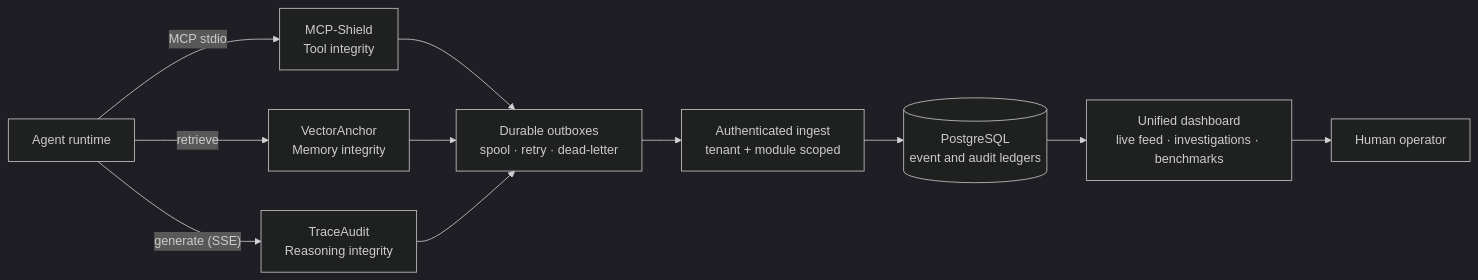
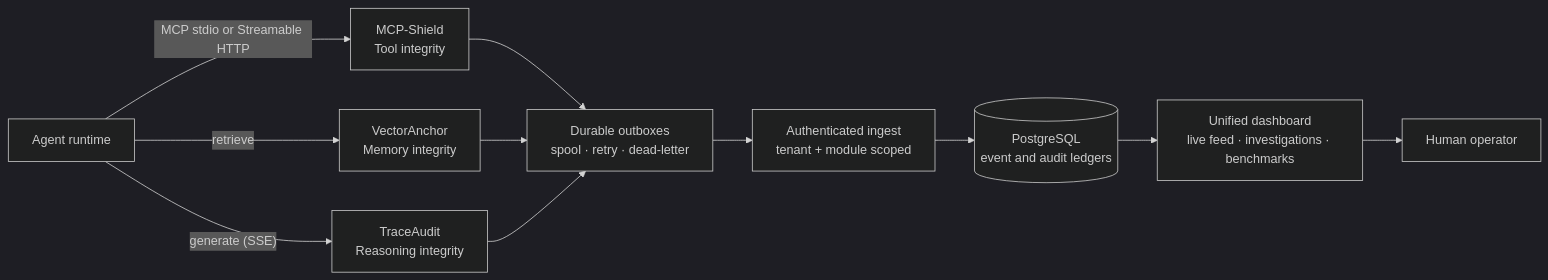
Before and after one commit to yuno7777/project-black-monolith: the diagram in README.md, drawn with Mermaid (dark theme). The commit also changed other lines of this file, not shown here.

````diff
--- a/README.md
+++ b/README.md
@@ -85,23 +86,23 @@
 ```mermaid
 flowchart LR
     A["Agent runtime"]
 
     S["MCP-Shield<br/>Tool integrity"]
     V["VectorAnchor<br/>Memory integrity"]
     T["TraceAudit<br/>Reasoning integrity"]
 
     O["Durable outboxes<br/>spool · retry · dead-letter"]
     I["Authenticated ingest<br/>tenant + module scoped"]
     P[("PostgreSQL<br/>event and audit ledgers")]
     D["Unified dashboard<br/>live feed · investigations · benchmarks"]
     H["Human operator"]
 
-    A -->|"MCP stdio"| S
+    A -->|"MCP stdio or Streamable HTTP"| S
     A -->|"retrieve"| V
     A -->|"generate (SSE)"| T
 
     S --> O
     V --> O
     T --> O
     O --> I --> P --> D --> H
 ```
````
